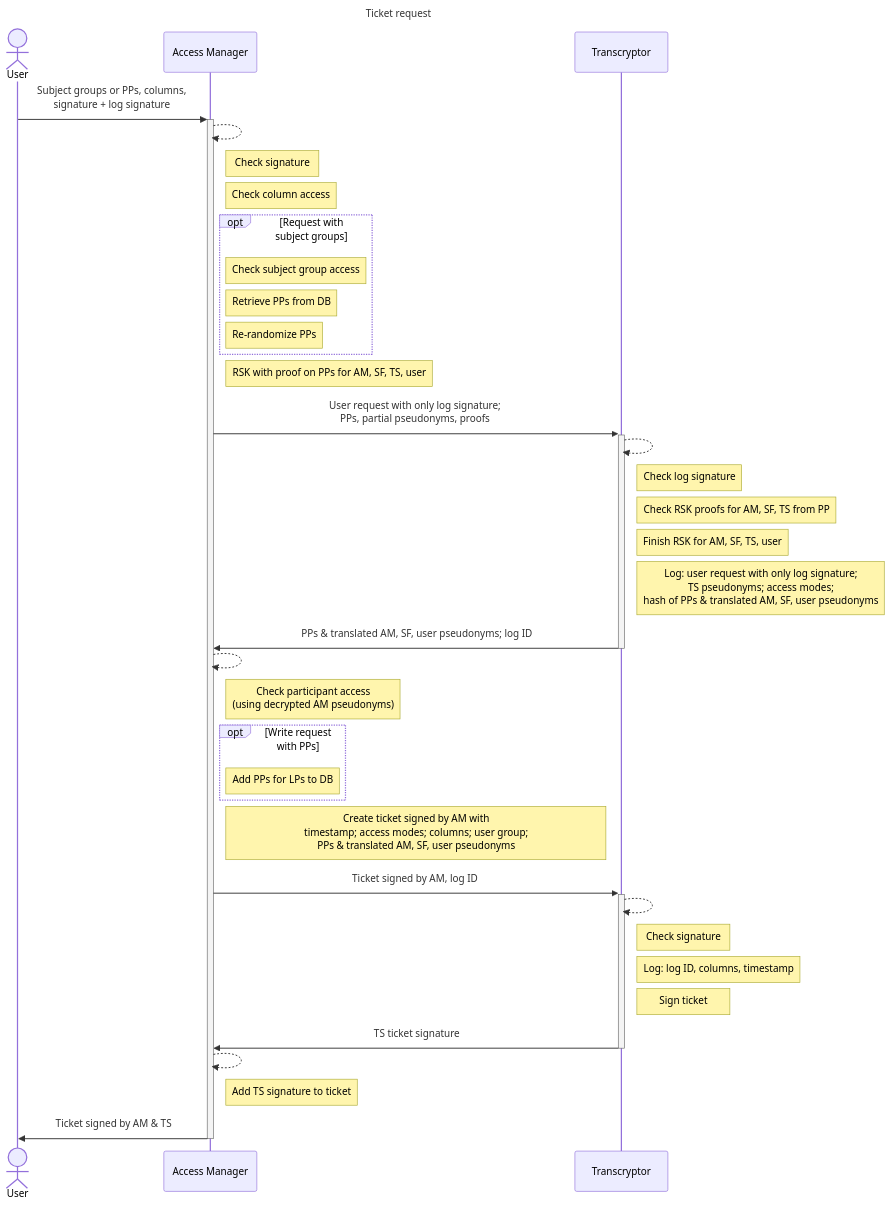
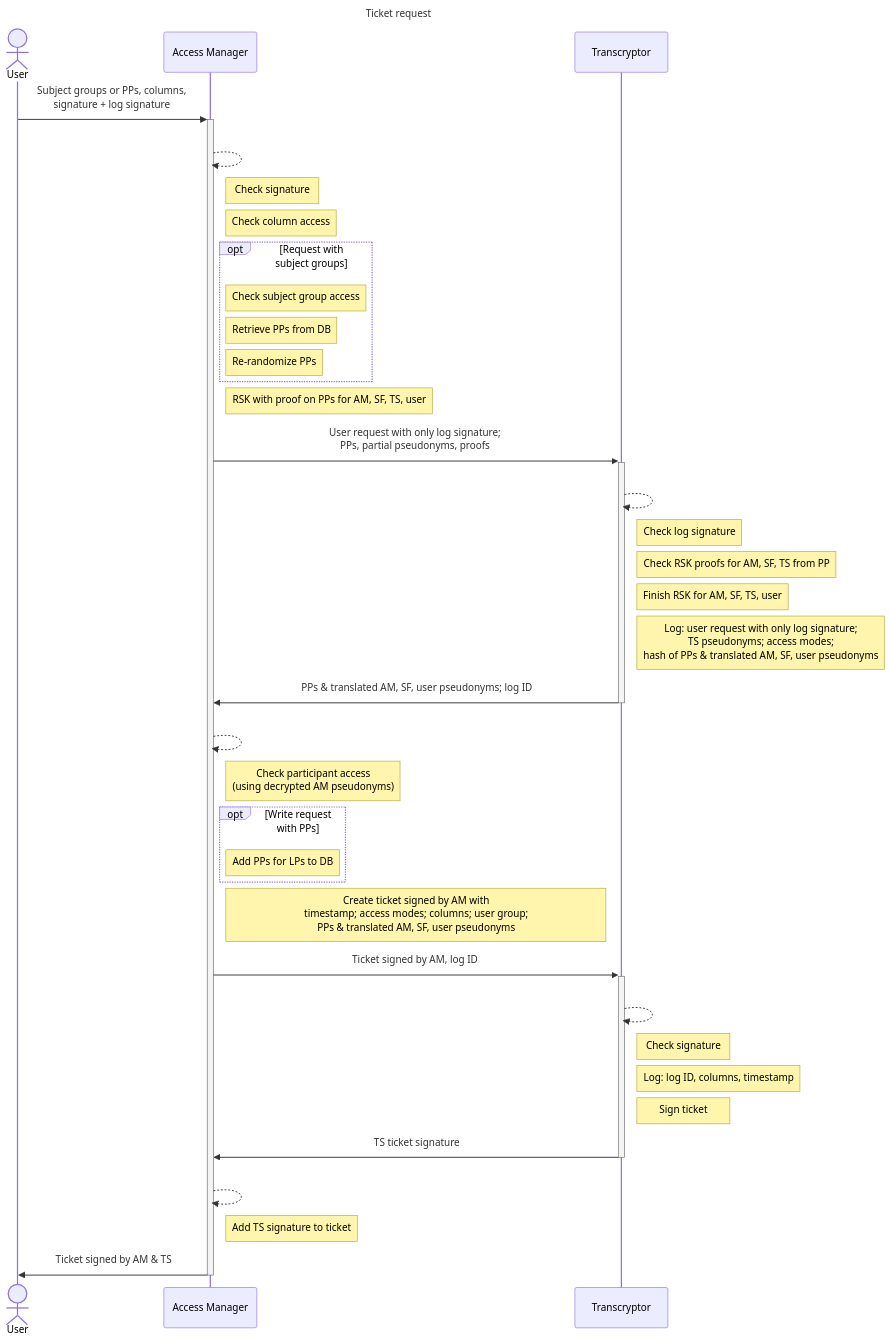
The diagram in docs/public/crypto/ticket_request.md (PEP-Repository/core), drawn with Mermaid before and after one commit.

Commit message:
Edit ticket_request.md: prevent parse error on GitLab

````diff
--- a/docs/public/crypto/ticket_request.md
+++ b/docs/public/crypto/ticket_request.md
@@ -7,50 +7,51 @@
 ```mermaid
 sequenceDiagram
   title Ticket request
   actor User
   participant AM as Access Manager
   participant TS as Transcryptor
 
   User->>+AM: Subject groups or PPs, columns,<br/>signature + log signature
 
-    AM-->>AM:
+    %% Space to prevent parsing error in GitLab
+    AM-->>AM: #32;
     note right of AM: Check signature
     note right of AM: Check column access
     opt Request with subject groups
       note right of AM: Check subject group access
       note right of AM: Retrieve PPs from DB
       note right of AM: Re-randomize PPs
     end
     note right of AM: RSK with proof on PPs for AM, SF, TS, user
 
     AM->>+TS: User request with only log signature#59;<br/>PPs, partial pseudonyms, proofs
 
-      TS-->>TS:
+      TS-->>TS: #32;
       note right of TS: Check log signature
       note right of TS: Check RSK proofs for AM, SF, TS from PP
       note right of TS: Finish RSK for AM, SF, TS, user
       note right of TS: Log: user request with only log signature#59;<br/>TS pseudonyms#59; access modes#59;<br/>hash of PPs & translated AM, SF, user pseudonyms
 
     TS->>-AM: PPs & translated AM, SF, user pseudonyms#59; log ID
 
-    AM-->>AM:
+    AM-->>AM: #32;
     note right of AM: Check participant access<br/>(using decrypted AM pseudonyms)
     opt Write request with PPs
       note right of AM: Add PPs for LPs to DB
     end
     note right of AM: Create ticket signed by AM with<br/>timestamp#59; access modes#59; columns#59; user group#59;<br/>PPs & translated AM, SF, user pseudonyms
 
     AM->>+TS: Ticket signed by AM, log ID
 
-      TS-->>TS:
+      TS-->>TS: #32;
       note right of TS: Check signature
       note right of TS: Log: log ID, columns, timestamp
       note right of TS: Sign ticket
 
     TS->>-AM: TS ticket signature
 
-    AM-->>AM:
+    AM-->>AM: #32;
     note right of AM: Add TS signature to ticket
 
   AM->>-User: Ticket signed by AM & TS
 ```
````
